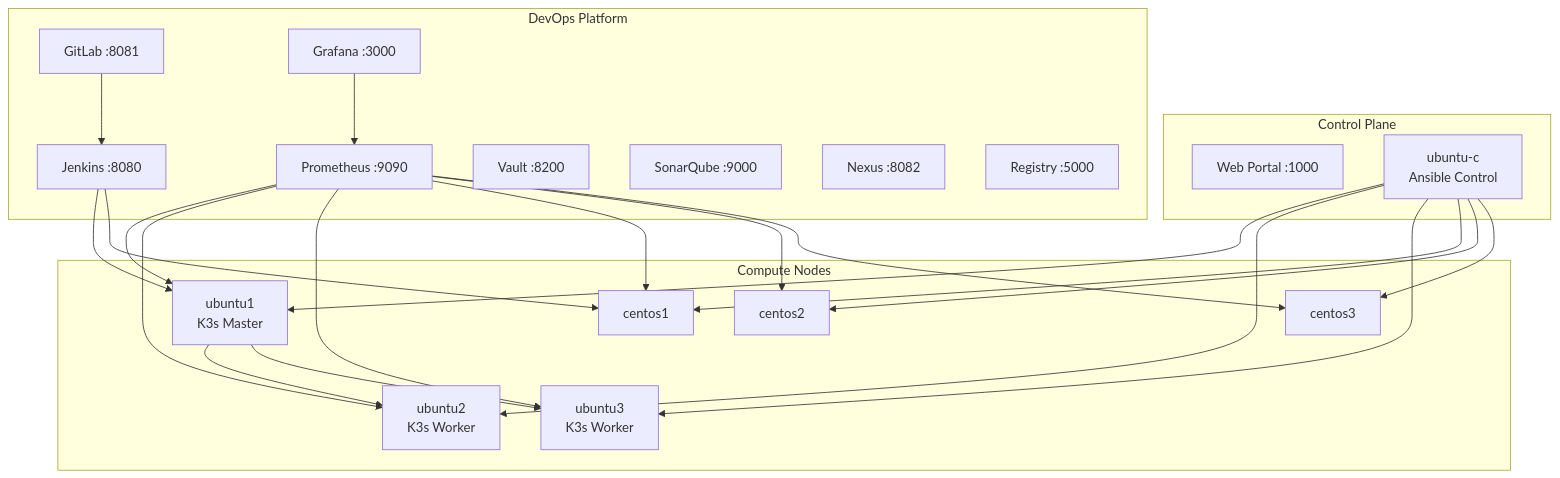
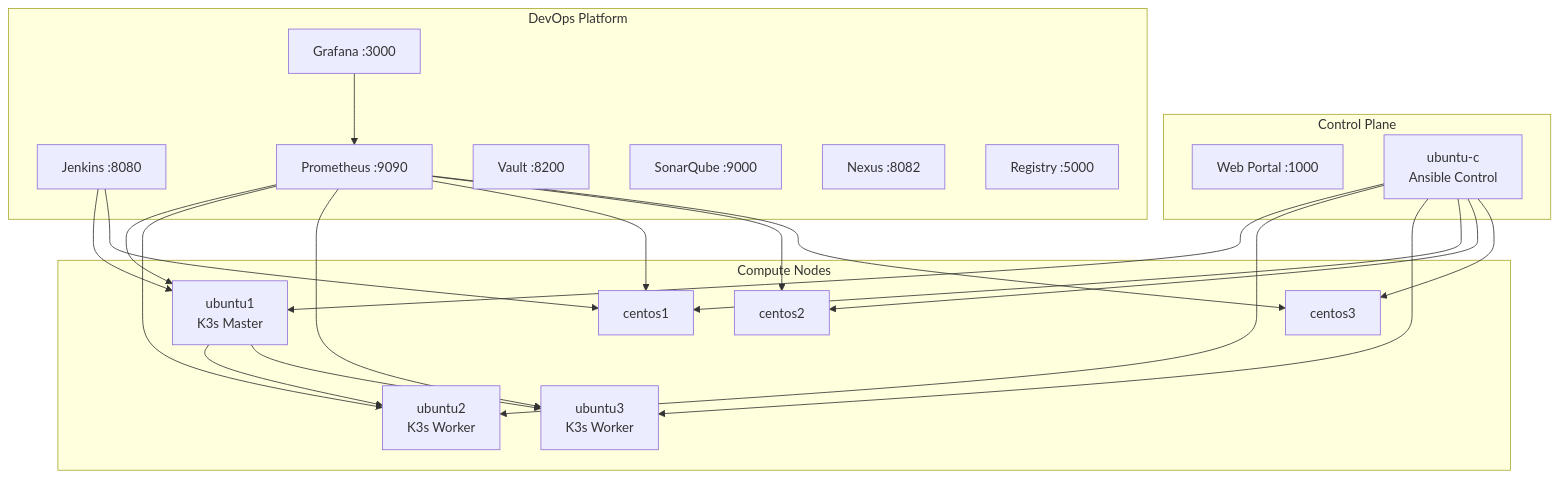
One commit to LFDM-85/devops-lab changed the diagram in docs/LAB_GUIDE.md. Above: the diagram before and after it, drawn with Mermaid. The commit also changed other lines of this file and 1545 other files, not shown here.

````diff
--- a/docs/LAB_GUIDE.md
+++ b/docs/LAB_GUIDE.md
@@ -16,34 +16,34 @@
 ```mermaid
 graph TB
     subgraph "Control Plane"
         Portal[Web Portal :1000]
         Control[ubuntu-c<br/>Ansible Control]
     end
     
     subgraph "Compute Nodes"
         U1[ubuntu1<br/>K3s Master]
         U2[ubuntu2<br/>K3s Worker]
         U3[ubuntu3<br/>K3s Worker]
         C1[centos1]
         C2[centos2]
         C3[centos3]
     end
     
     subgraph "DevOps Platform"
         Jenkins[Jenkins :8080]
-        GitLab[GitLab :8081]
+
         Prom[Prometheus :9090]
         Graf[Grafana :3000]
         Vault[Vault :8200]
         Sonar[SonarQube :9000]
         Nexus[Nexus :8082]
         Registry[Registry :5000]
     end
     
     Control --> U1 & U2 & U3 & C1 & C2 & C3
     U1 --> U2 & U3
     Prom --> U1 & U2 & U3 & C1 & C2 & C3
     Graf --> Prom
     Jenkins --> U1 & C1
-    GitLab --> Jenkins
+
 ```
````
